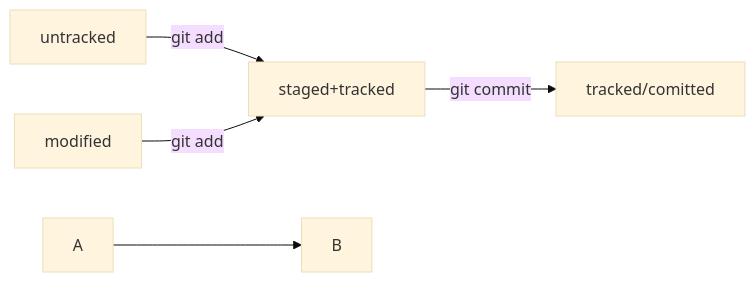
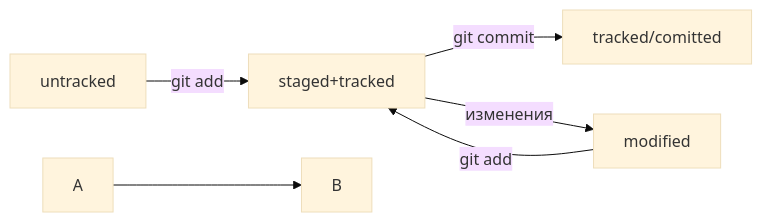
One commit to SergeyVolko/git-status-lesson changed the diagram in README.md. Above: the diagram before and after it, drawn with Mermaid (base theme).

Commit message:
Работа с диаграммой №10

````diff
--- a/README.md
+++ b/README.md
@@ -23,9 +23,10 @@
 ```mermaid
 graph LR;
   untracked -- "git add" --> staged+tracked;
   staged+tracked    -- git commit     --> tracked/comitted;
-  modified -- "git add" --> staged+tracked
+  modified -- "git add" --> staged+tracked;
+  staged+tracked -- "изменения" --> modified;
 
 %% стрелка без текста для примера: 
   A --> B;
 ``` 
````
